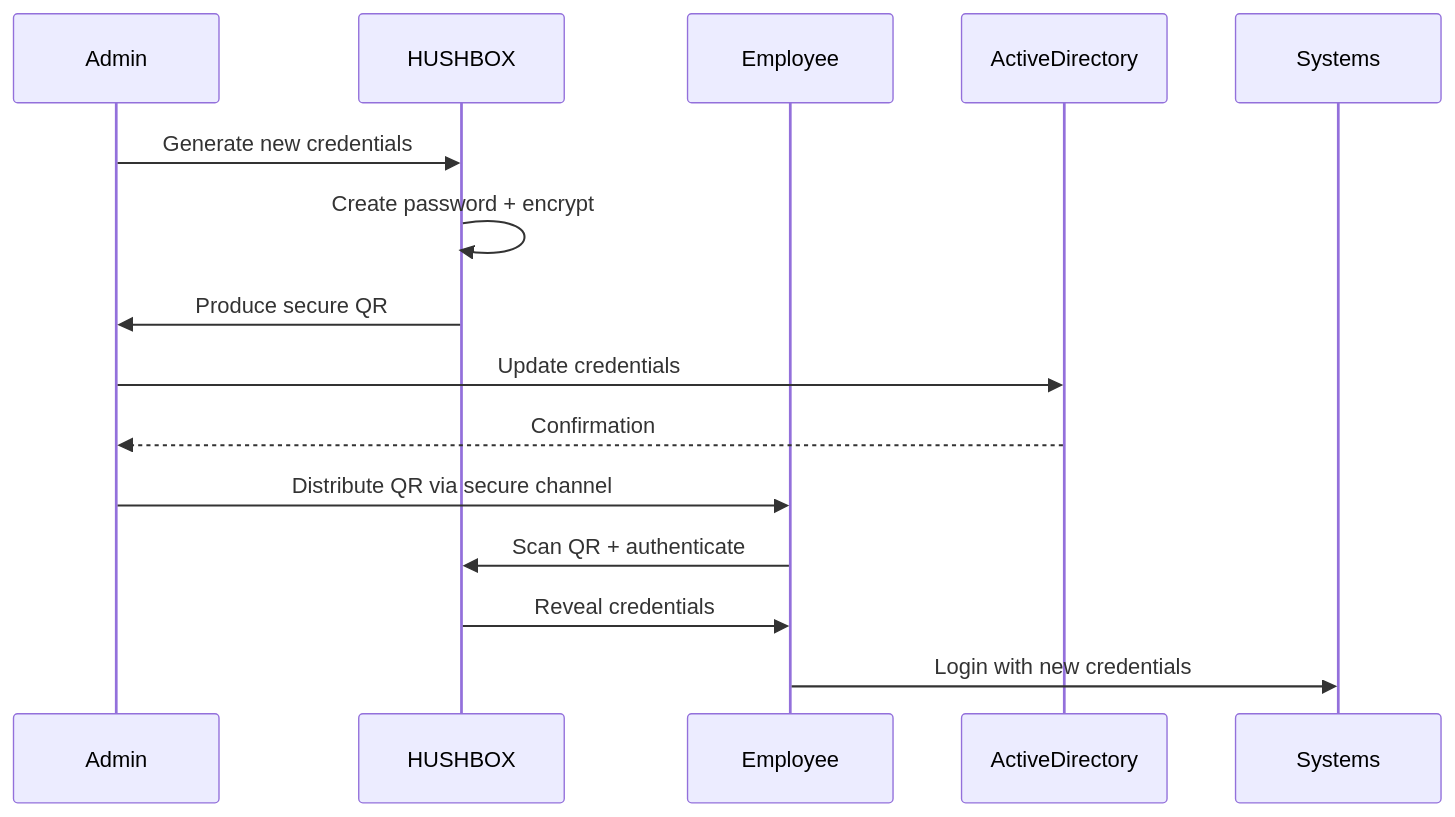
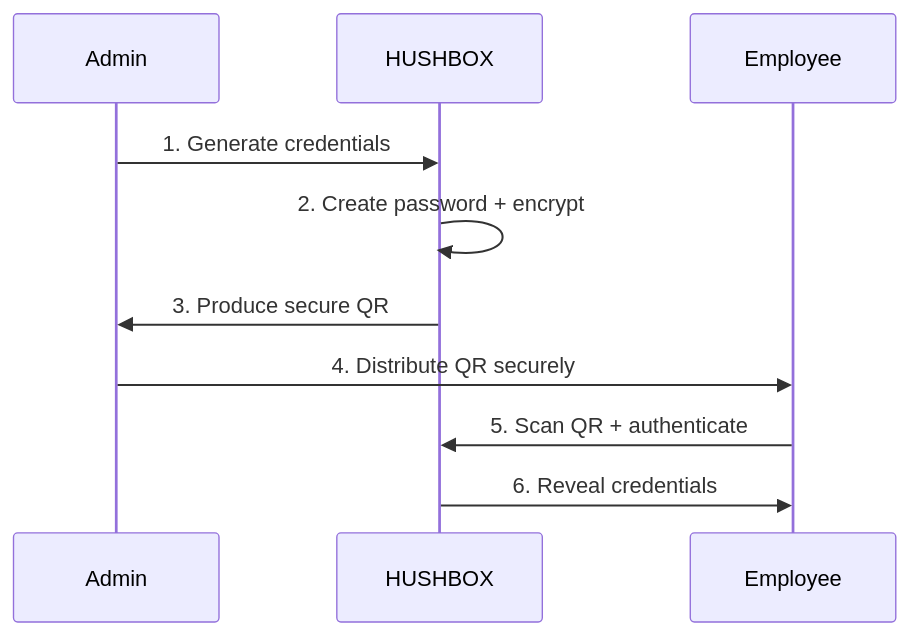
The sixth of 8 diagrams in README.md (MPetovick/HUSHBOX), drawn with Mermaid before and after one commit. The commit also changed other lines of this file, not shown here.

````diff
--- a/README.md
+++ b/README.md
@@ -260,17 +181,13 @@
 ```mermaid
 sequenceDiagram
     participant Admin
     participant HUSHBOX
     participant Employee
-    participant ActiveDirectory
 
-    Admin->>HUSHBOX: Generate new credentials
-    HUSHBOX->>HUSHBOX: Create password + encrypt
-    HUSHBOX->>Admin: Produce secure QR
-    Admin->>ActiveDirectory: Update credentials
-    ActiveDirectory-->>Admin: Confirmation
-    Admin->>Employee: Distribute QR via secure channel
-    Employee->>HUSHBOX: Scan QR + authenticate
-    HUSHBOX->>Employee: Reveal credentials
-    Employee->>Systems: Login with new credentials
+    Admin->>HUSHBOX: 1. Generate credentials
+    HUSHBOX->>HUSHBOX: 2. Create password + encrypt
+    HUSHBOX->>Admin: 3. Produce secure QR
+    Admin->>Employee: 4. Distribute QR securely
+    Employee->>HUSHBOX: 5. Scan QR + authenticate
+    HUSHBOX->>Employee: 6. Reveal credentials
 ```
````
